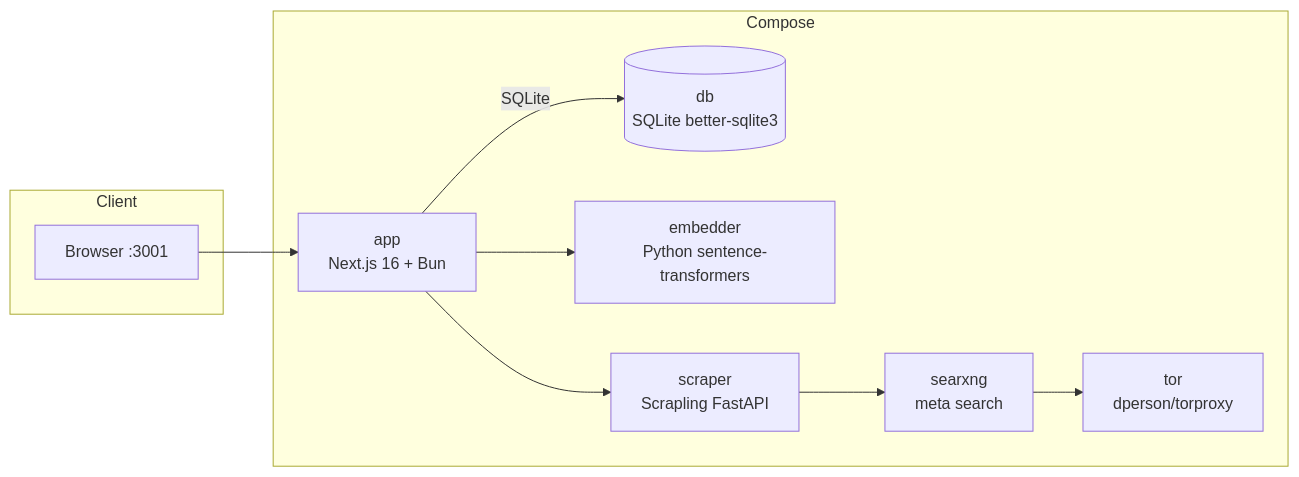
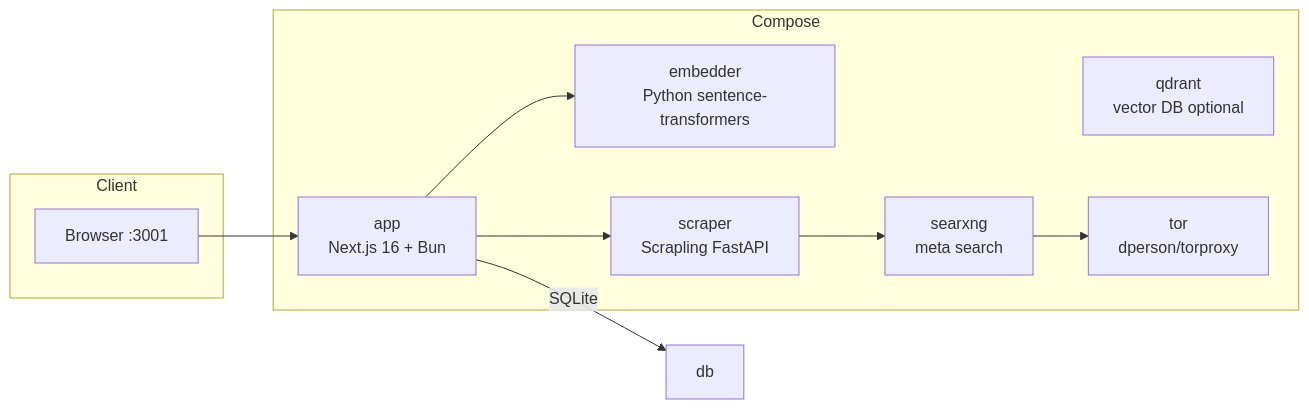
One commit to johmaru/MinervaAIWorkspace changed the diagram in README.md. Above: the diagram before and after it, drawn with Mermaid. The commit also changed other lines of this file and 12 other files, not shown here.

First line of the commit message:
feat: add Qdrant vector backend + ruri-v3 embedder support

````diff
--- a/README.md
+++ b/README.md
@@ -78,20 +78,20 @@
 ```mermaid
 flowchart LR
     subgraph Client
         Browser[Browser :3001]
     end
     subgraph Compose
         app[app<br/>Next.js 16 + Bun]
-        db[(db<br/>SQLite better-sqlite3)]
         embedder[embedder<br/>Python sentence-transformers]
+        qdrant[qdrant<br/>vector DB optional]
         scraper[scraper<br/>Scrapling FastAPI]
         searxng[searxng<br/>meta search]
         tor[tor<br/>dperson/torproxy]
     end
     Browser --> app
     app -->|SQLite| db
     app --> embedder
     app --> scraper
     scraper --> searxng
     searxng --> tor
 ```
````
